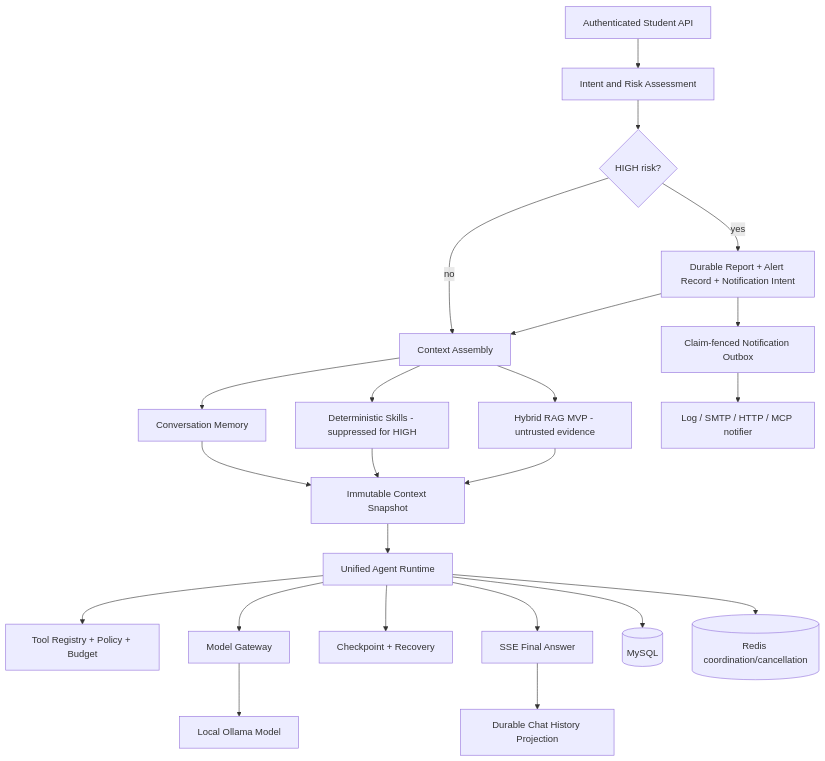
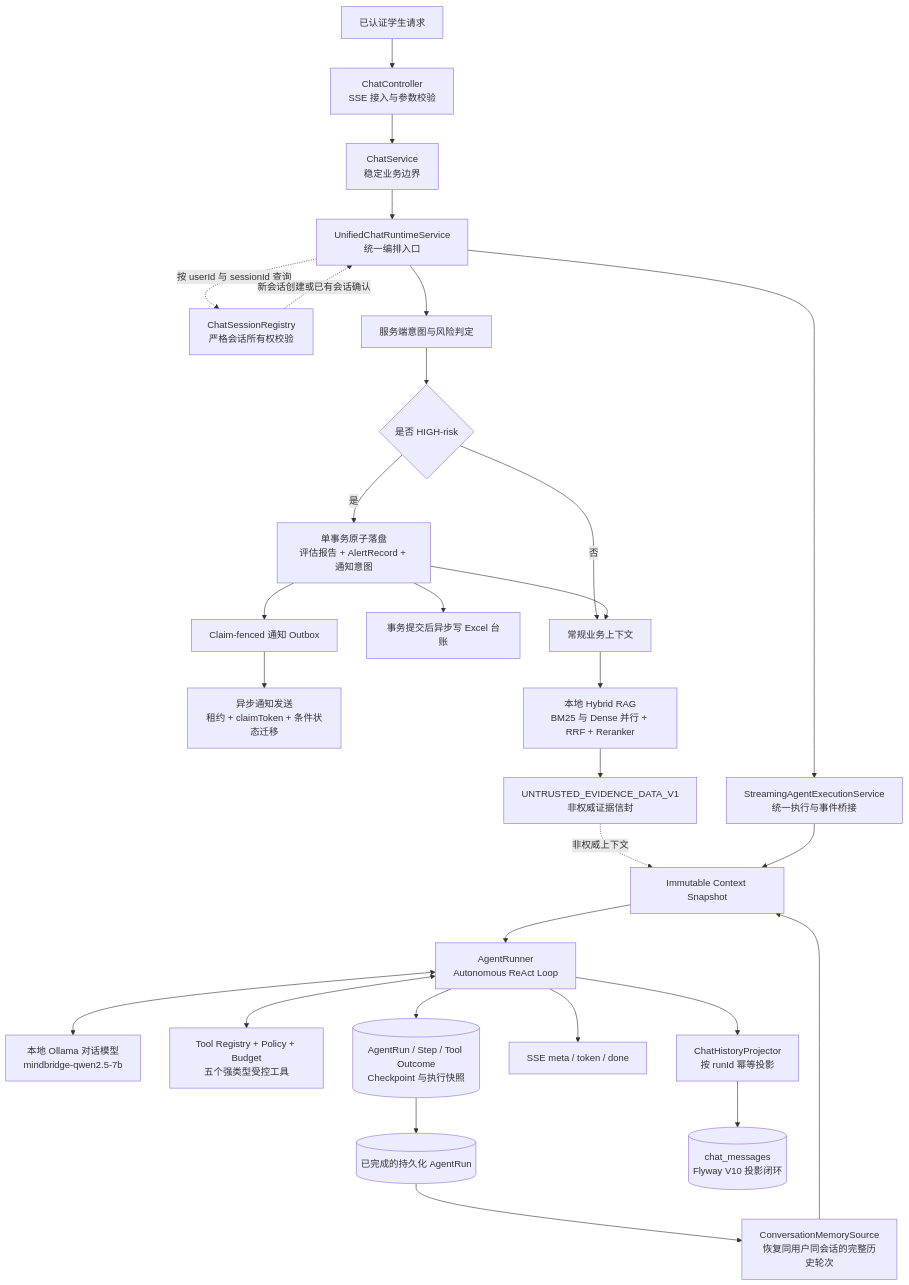
The diagram in README.md (Jax0n-W/multimodalAgent), drawn with Mermaid before and after one commit. The commit also changed other lines of this file, not shown here.

Commit message:
docs: expand project architecture and usage guide

````diff
--- a/README.md
+++ b/README.md
@@ -16,25 +25,38 @@
-```mermaid
+~~~mermaid
 flowchart TD
-    A[Authenticated Student API] --> B[Intent and Risk Assessment]
-    B --> C{HIGH risk?}
-    C -- yes --> D[Durable Report + Alert Record + Notification Intent]
-    C -- no --> E[Context Assembly]
-    D --> E
-    E --> M[Conversation Memory]
-    E --> S[Deterministic Skills - suppressed for HIGH]
-    E --> R[Hybrid RAG MVP - untrusted evidence]
-    M --> X[Immutable Context Snapshot]
-    S --> X
-    R --> X
-    X --> AR[Unified Agent Runtime]
-    AR --> TG[Tool Registry + Policy + Budget]
-    AR --> MG[Model Gateway]
-    MG --> L[Local Ollama Model]
-    AR --> RC[Checkpoint + Recovery]
-    AR --> SSE[SSE Final Answer]
-    SSE --> HP[Durable Chat History Projection]
-    D --> O[Claim-fenced Notification Outbox]
-    O --> N[Log / SMTP / HTTP / MCP notifier]
-    AR --> DB[(MySQL)]
-    AR --> RD[(Redis coordination/cancellation)]
-```
+    A[已认证学生请求] --> B[ChatController<br/>SSE 接入与参数校验]
+    B --> C[ChatService<br/>稳定业务边界]
+    C --> D[UnifiedChatRuntimeService<br/>统一编排入口]
+
+    D -. 按 userId 与 sessionId 查询 .-> E[ChatSessionRegistry<br/>严格会话所有权校验]
+    E -. 新会话创建或已有会话确认 .-> D
+
+    D --> F[服务端意图与风险判定]
+    F --> G{是否 HIGH-risk}
+    G -- 是 --> H[单事务原子落盘<br/>评估报告 + AlertRecord + 通知意图]
+    H --> I[Claim-fenced 通知 Outbox]
+    I --> J[异步通知发送<br/>租约 + claimToken + 条件状态迁移]
+    H --> K[事务提交后异步写 Excel 台账]
+    G -- 否 --> L[常规业务上下文]
+    H --> L
+
+    L --> M[本地 Hybrid RAG<br/>BM25 与 Dense 并行 + RRF + Reranker]
+    M --> N[UNTRUSTED_EVIDENCE_DATA_V1<br/>非权威证据信封]
+
+    D --> O[StreamingAgentExecutionService<br/>统一执行与事件桥接]
+    N -. 非权威上下文 .-> P[Immutable Context Snapshot]
+    Q[(已完成的持久化 AgentRun)] --> R[ConversationMemorySource<br/>恢复同用户同会话的完整历史轮次]
+    R --> P
+    O --> P
+    P --> S[AgentRunner<br/>Autonomous ReAct Loop]
+
+    S <--> T[本地 Ollama 对话模型<br/>mindbridge-qwen2.5-7b]
+    S <--> U[Tool Registry + Policy + Budget<br/>五个强类型受控工具]
+    S --> V[(AgentRun / Step / Tool Outcome<br/>Checkpoint 与执行快照)]
+    V --> Q
+
+    S --> W[SSE meta / token / done]
+    S --> X[ChatHistoryProjector<br/>按 runId 幂等投影]
+    X --> Y[(chat_messages<br/>Flyway V10 投影闭环)]
+
+~~~
````
